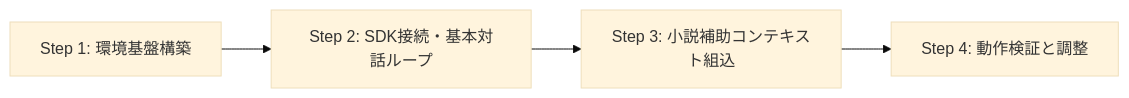
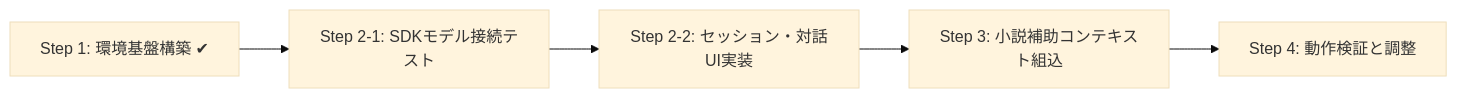
One commit to mituha/novelaid-cli changed the second of 2 diagrams in docs/dev/CLIツール開発計画書.md. Above: the diagram before and after it, drawn with Mermaid (base theme). The commit also changed other lines of this file and 1 other file, not shown here.

````diff
--- a/docs/dev/CLIツール開発計画書.md
+++ b/docs/dev/CLIツール開発計画書.md
@@ -78,6 +88,7 @@
 ```mermaid
 flowchart LR
-    S1[Step 1: 環境基盤構築] --> S2[Step 2: SDK接続・基本対話ループ]
-    S2 --> S3[Step 3: 小説補助コンテキスト組込]
+    S1[Step 1: 環境基盤構築 ✔] --> S2_1[Step 2-1: SDKモデル接続テスト]
+    S2_1 --> S2_2[Step 2-2: セッション・対話UI実装]
+    S2_2 --> S3[Step 3: 小説補助コンテキスト組込]
     S3 --> S4[Step 4: 動作検証と調整]
 ```
````
